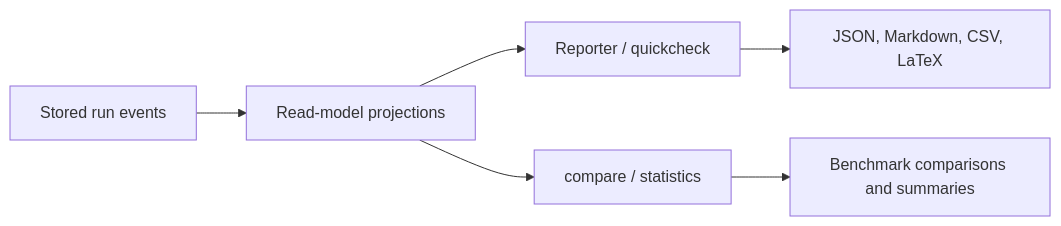
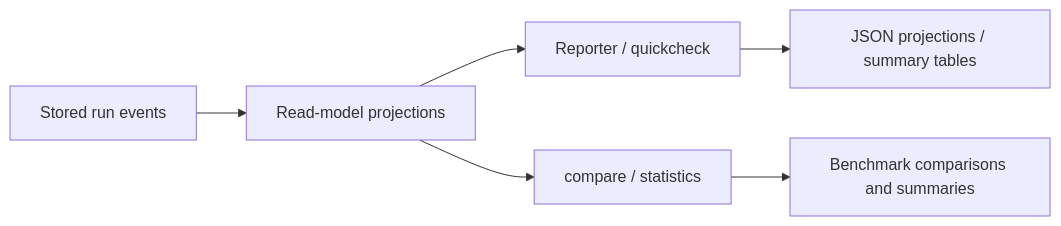
One commit to Pittawat2542/themis changed the diagram in docs/explanation/reporting-and-read-models.md. Above: the diagram before and after it, drawn with Mermaid. The commit also changed other lines of this file and 16 other files, not shown here.

````diff
--- a/docs/explanation/reporting-and-read-models.md
+++ b/docs/explanation/reporting-and-read-models.md
@@ -20,8 +20,8 @@
 ```mermaid
 flowchart LR
     A["Stored run events"] --> B["Read-model projections"]
     B --> C["Reporter / quickcheck"]
     B --> D["compare / statistics"]
-    C --> E["JSON, Markdown, CSV, LaTeX"]
+    C --> E["JSON projections / summary tables"]
     D --> F["Benchmark comparisons and summaries"]
 ```
````
